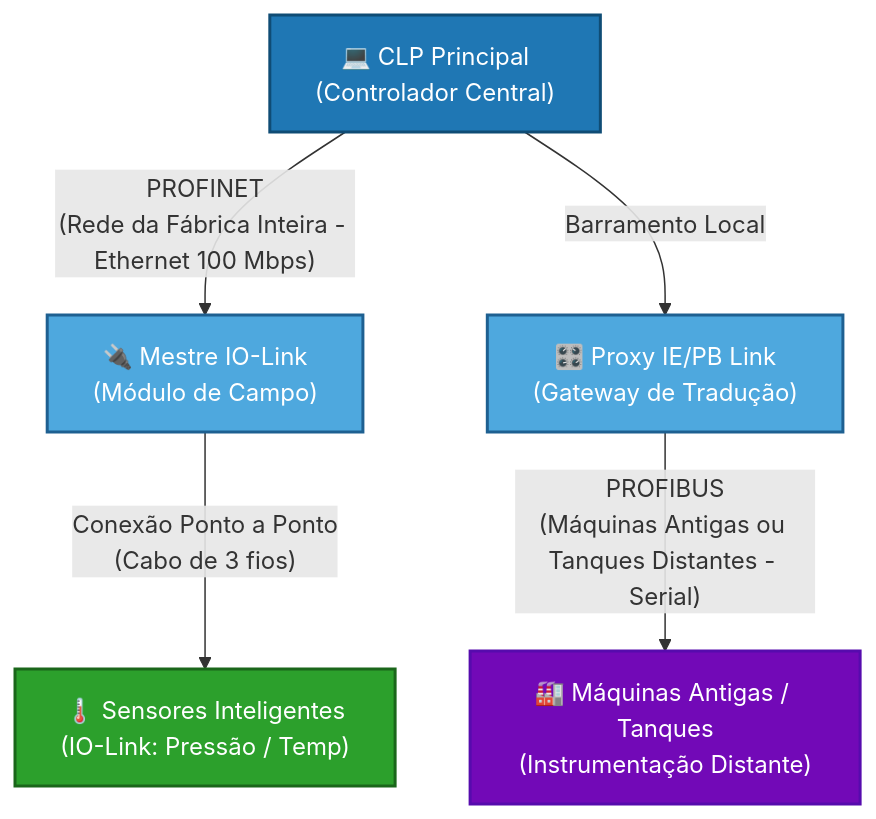
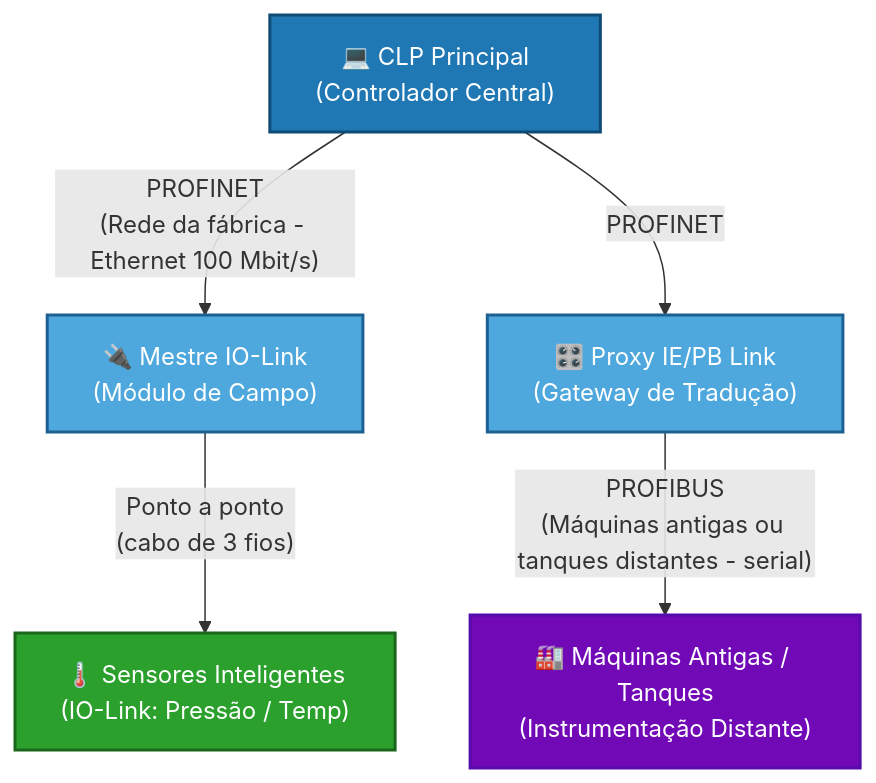
The second of 2 diagrams in seminario.md (MarcoAntOliveira/informatica_industrial), drawn with Mermaid before and after one commit. The commit also changed other lines of this file, not shown here.

````diff
--- a/seminario.md
+++ b/seminario.md
@@ -110,30 +145,24 @@
 ```mermaid
 graph TD
-    %% Nós Principais
     CLP["💻 CLP Principal<br>(Controlador Central)"]
-    
     MESTRE["🔌 Mestre IO-Link<br>(Módulo de Campo)"]
     SENSORES["🌡️ Sensores Inteligentes<br>(IO-Link: Pressão / Temp)"]
-    
     PROXY["🎛️ Proxy IE/PB Link<br>(Gateway de Tradução)"]
     LEGADO["🏭 Máquinas Antigas / Tanques<br>(Instrumentação Distante)"]
 
-    %% Conexões com descrições das redes
-    CLP -- "PROFINET<br>(Rede da Fábrica Inteira - Ethernet 100 Mbps)" --> MESTRE
-    MESTRE -- "Conexão Ponto a Ponto<br>(Cabo de 3 fios)" --> SENSORES
+    CLP -- "PROFINET<br>(Rede da fábrica - Ethernet 100 Mbit/s)" --> MESTRE
+    MESTRE -- "Ponto a ponto<br>(cabo de 3 fios)" --> SENSORES
 
-    CLP -- "Barramento Local" --> PROXY
-    PROXY -- "PROFIBUS<br>(Máquinas Antigas ou Tanques Distantes - Serial)" --> LEGADO
+    CLP -- "PROFINET" --> PROXY
+    PROXY -- "PROFIBUS<br>(Máquinas antigas ou tanques distantes - serial)" --> LEGADO
 
-    %% Estilização por Função / Tipo de Rede
     classDef controle fill:#1f77b4,stroke:#0f4c75,color:#fff,stroke-width:2px;
     classDef redeProfinet fill:#4ea8de,stroke:#1e6091,color:#fff,stroke-width:2px;
     classDef redeProfibus fill:#7209b7,stroke:#560bad,color:#fff,stroke-width:2px;
     classDef dispositivos fill:#2ca02c,stroke:#1a661a,color:#fff,stroke-width:2px;
 
     class CLP controle;
     class MESTRE,PROXY redeProfinet;
     class LEGADO redeProfibus;
     class SENSORES dispositivos;
-
 ```
````
